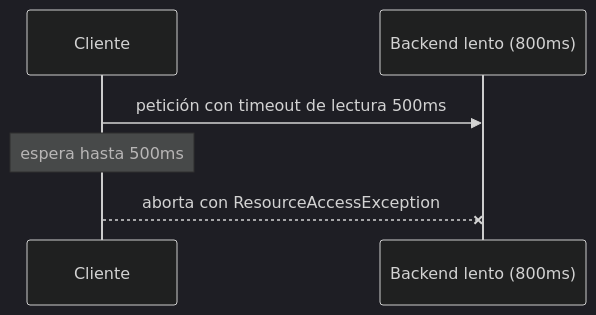
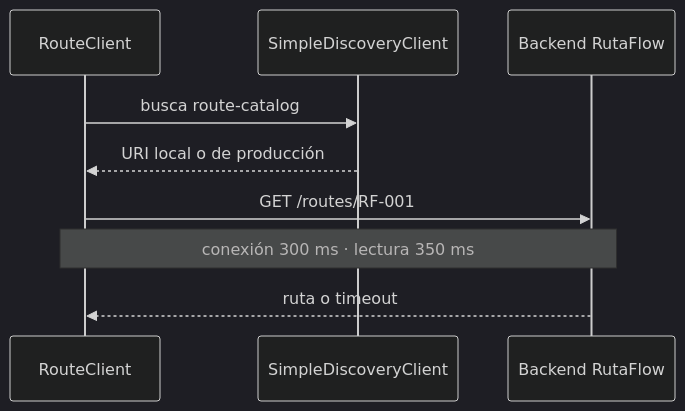
Before and after one commit to NICORUIZ93/The_Imperial_Book: the second of 8 diagrams in web/public/content/spring-boot/modulo-10.md, drawn with Mermaid (dark theme). The commit also changed other lines of this file and 20 other files, not shown here.

````diff
--- a/web/public/content/spring-boot/modulo-10.md
+++ b/web/public/content/spring-boot/modulo-10.md
@@ -571,8 +559,11 @@
 ```mermaid
 sequenceDiagram
-  participant C as Cliente
-  participant B as Backend lento (800ms)
-  C->>B: petición con timeout de lectura 500ms
-  Note over C: espera hasta 500ms
-  C--xB: aborta con ResourceAccessException
+  participant L as RouteClient
+  participant D as SimpleDiscoveryClient
+  participant B as Backend RutaFlow
+  L->>D: busca route-catalog
+  D-->>L: URI local o de producción
+  L->>B: GET /routes/RF-001
+  Note over L,B: conexión 300 ms · lectura 350 ms
+  B-->>L: ruta o timeout
 ```
````
